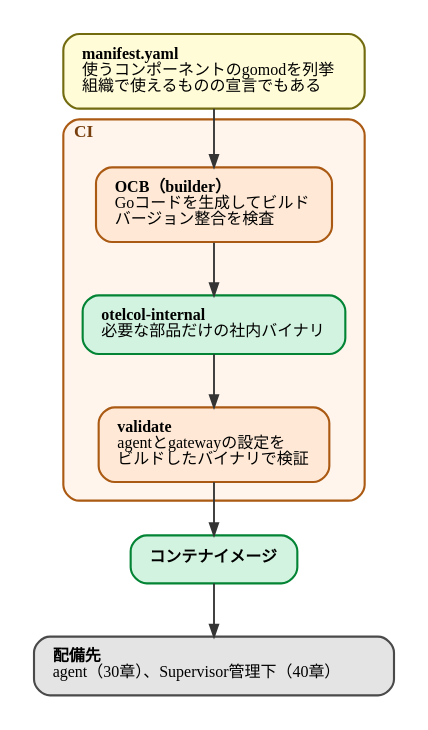
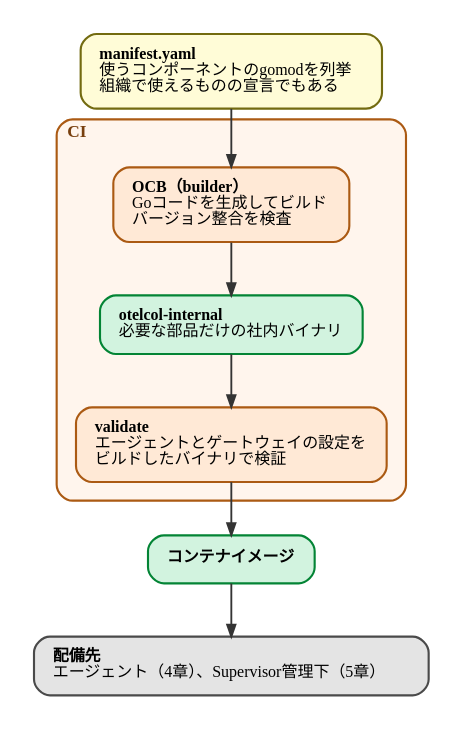
The diagram in diagrams/observability-platform-with-otel/20260926-ocb-pipeline.dot (ymotongpoo/zenn.dev), drawn with Graphviz before and after one commit. The commit also changed 27 other files, not shown here.

```diff
--- a/diagrams/observability-platform-with-otel/20260926-ocb-pipeline.dot
+++ b/diagrams/observability-platform-with-otel/20260926-ocb-pipeline.dot
@@ -1,40 +1,40 @@
 // OCBによるカスタムCollectorのビルドパイプライン
 digraph ocb_pipeline {
   graph [
     fontname="IBM Plex Sans JP", fontsize=13,
     rankdir=TB, compound=true, splines=ortho,
     nodesep=0.5, ranksep=0.55, pad=0.25,
     bgcolor="white", newrank=true
   ];
   node [
     fontname="IBM Plex Sans JP", fontsize=12,
     shape=box, style="rounded,filled",
     fillcolor="#E4E4E4", color="#4A4A4A", penwidth=1.6,
     margin="0.2,0.14"
   ];
   edge [
     fontname="IBM Plex Sans JP", fontsize=11,
     color="#343434", penwidth=1.4, arrowsize=0.9,
     fontcolor="#171717"
   ];
 
   manifest [label=<<b>manifest.yaml</b><br align="left"/>使うコンポーネントのgomodを列挙<br align="left"/>組織で使えるものの宣言でもある<br align="left"/>>, fillcolor="#FFFCD7", color="#736B10"];
 
   subgraph cluster_ci {
     label=<<b>CI</b>>;
     labeljust="l"; style="rounded"; penwidth=1.6;
     color="#AB5A13"; bgcolor="#FFF5ED"; fontcolor="#783F0E"; margin=14;
     ocb [label=<<b>OCB（builder）</b><br align="left"/>Goコードを生成してビルド<br align="left"/>バージョン整合を検査<br align="left"/>>, fillcolor="#FFE9D6", color="#AB5A13"];
     binary [label=<<b>otelcol-internal</b><br align="left"/>必要な部品だけの社内バイナリ<br align="left"/>>, fillcolor="#D2F3DF", color="#038435"];
-    validate [label=<<b>validate</b><br align="left"/>agentとgatewayの設定を<br align="left"/>ビルドしたバイナリで検証<br align="left"/>>, fillcolor="#FFE9D6", color="#AB5A13"];
+    validate [label=<<b>validate</b><br align="left"/>エージェントとゲートウェイの設定を<br align="left"/>ビルドしたバイナリで検証<br align="left"/>>, fillcolor="#FFE9D6", color="#AB5A13"];
   }
 
   image [label=<<b>コンテナイメージ</b>>, fillcolor="#D2F3DF", color="#038435"];
-  deploy [label=<<b>配備先</b><br align="left"/>agent（30章）、Supervisor管理下（40章）<br align="left"/>>];
+  deploy [label=<<b>配備先</b><br align="left"/>エージェント（4章）、Supervisor管理下（5章）<br align="left"/>>];
 
   manifest -> ocb;
   ocb -> binary;
   binary -> validate;
   validate -> image;
   image -> deploy;
 }
```
